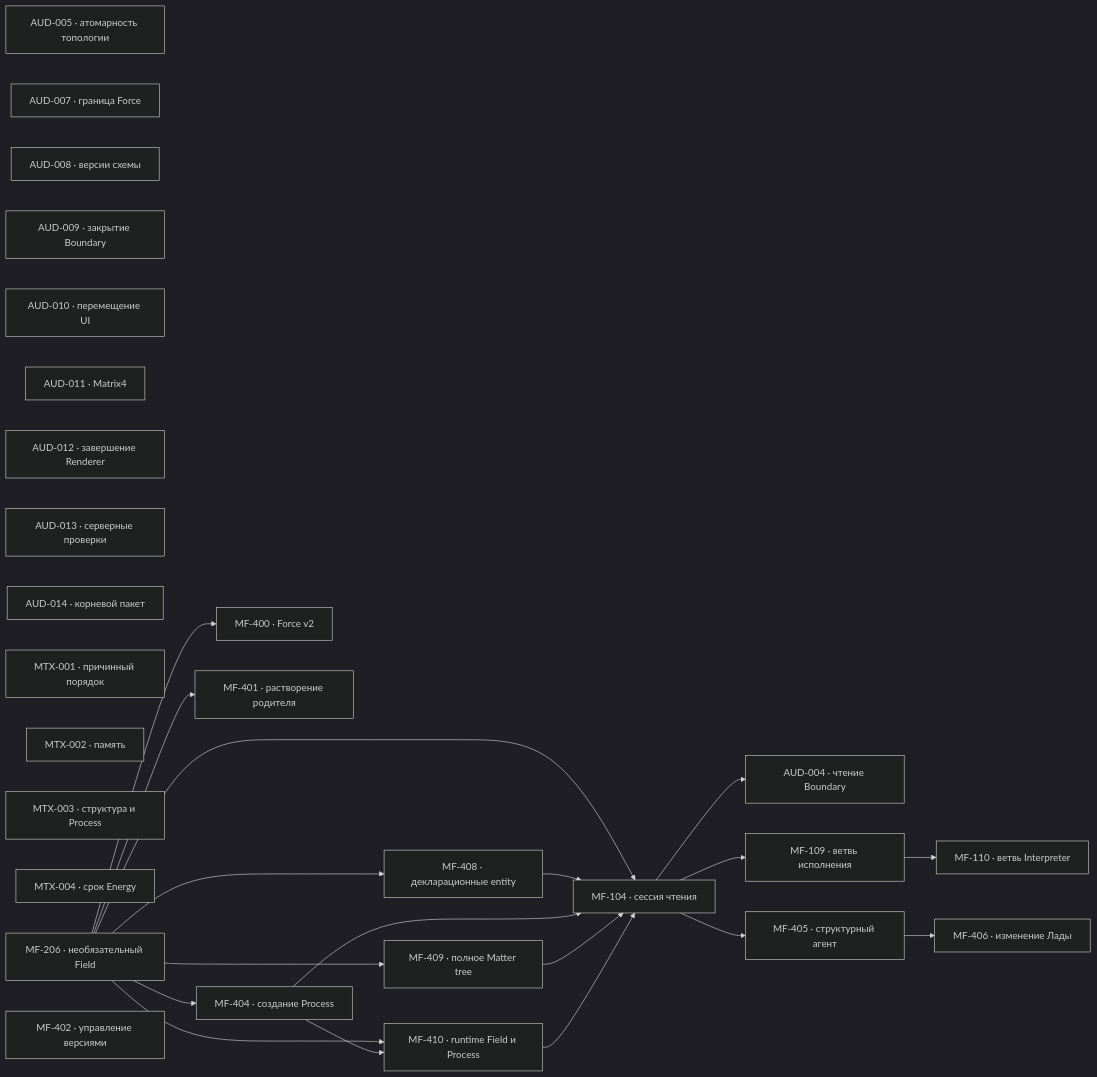
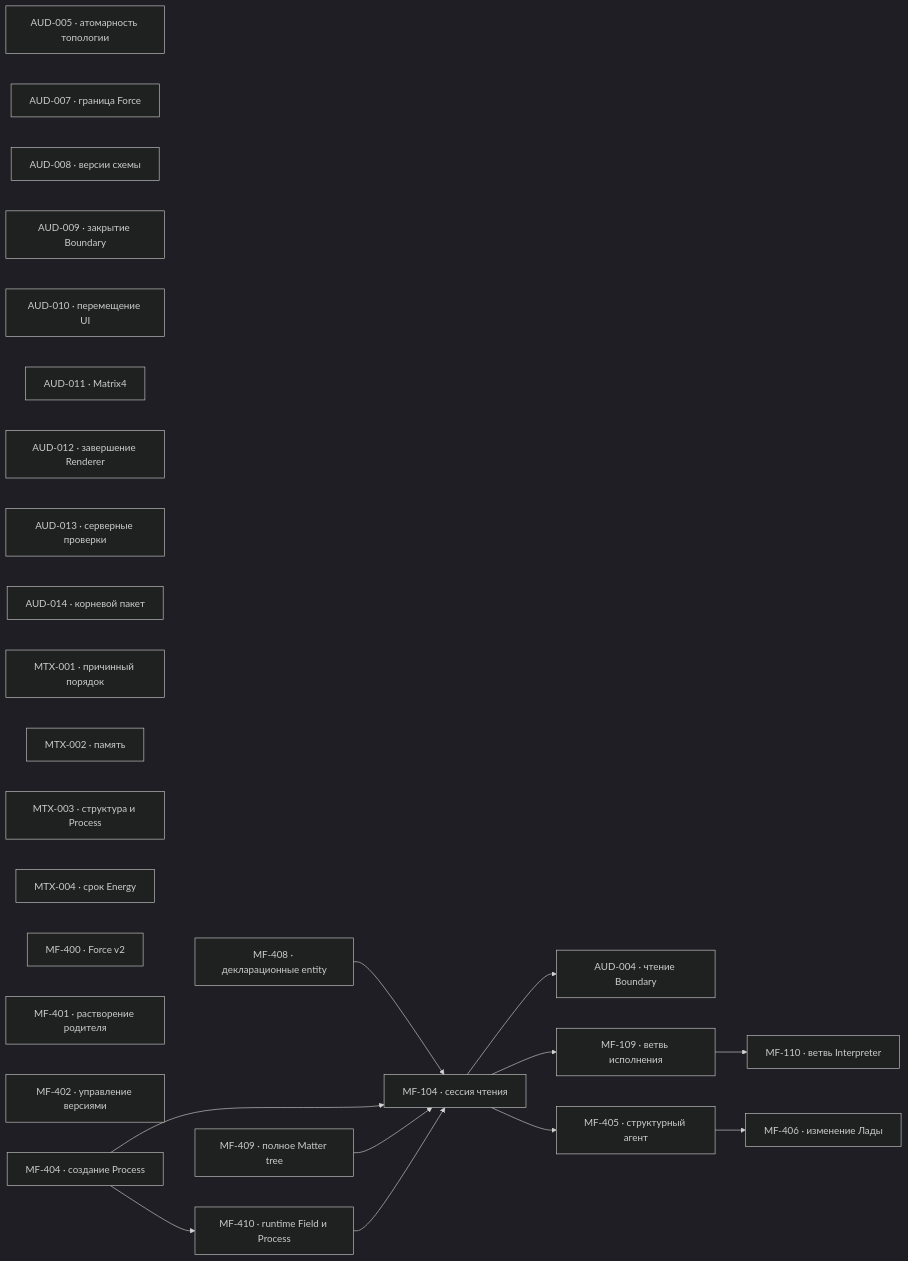
One commit to zavx0z/metafor changed the diagram in project/TODO.md. Above: the diagram before and after it, drawn with Mermaid (dark theme). The commit also changed other lines of this file and 6 other files, not shown here.

````diff
--- a/project/TODO.md
+++ b/project/TODO.md
@@ -13,48 +13,40 @@
 ```mermaid
 flowchart LR
     AUD004["AUD-004 · чтение Boundary"]
     AUD005["AUD-005 · атомарность топологии"]
     AUD007["AUD-007 · граница Force"]
     AUD008["AUD-008 · версии схемы"]
     AUD009["AUD-009 · закрытие Boundary"]
     AUD010["AUD-010 · перемещение UI"]
     AUD011["AUD-011 · Matrix4"]
     AUD012["AUD-012 · завершение Renderer"]
     AUD013["AUD-013 · серверные проверки"]
     AUD014["AUD-014 · корневой пакет"]
     MTX001["MTX-001 · причинный порядок"]
     MTX002["MTX-002 · память"]
     MTX003["MTX-003 · структура и Process"]
     MTX004["MTX-004 · срок Energy"]
     MF104["MF-104 · сессия чтения"]
     MF109["MF-109 · ветвь исполнения"]
     MF110["MF-110 · ветвь Interpreter"]
-    MF206["MF-206 · необязательный Field"]
     MF400["MF-400 · Force v2"]
     MF401["MF-401 · растворение родителя"]
     MF402["MF-402 · управление версиями"]
     MF404["MF-404 · создание Process"]
     MF405["MF-405 · структурный агент"]
     MF406["MF-406 · изменение Лады"]
     MF408["MF-408 · декларационные entity"]
     MF409["MF-409 · полное Matter tree"]
     MF410["MF-410 · runtime Field и Process"]
 
-    MF206 --> MF408
-    MF206 --> MF404
-    MF206 --> MF409
-    MF206 --> MF410
     MF404 --> MF410
-    MF206 --> MF104
     MF408 --> MF104
     MF404 --> MF104
     MF409 --> MF104
     MF410 --> MF104
     MF104 --> AUD004
     MF104 --> MF109
     MF109 --> MF110
-    MF206 --> MF400
-    MF206 --> MF401
     MF104 --> MF405
     MF405 --> MF406
 ```
````
